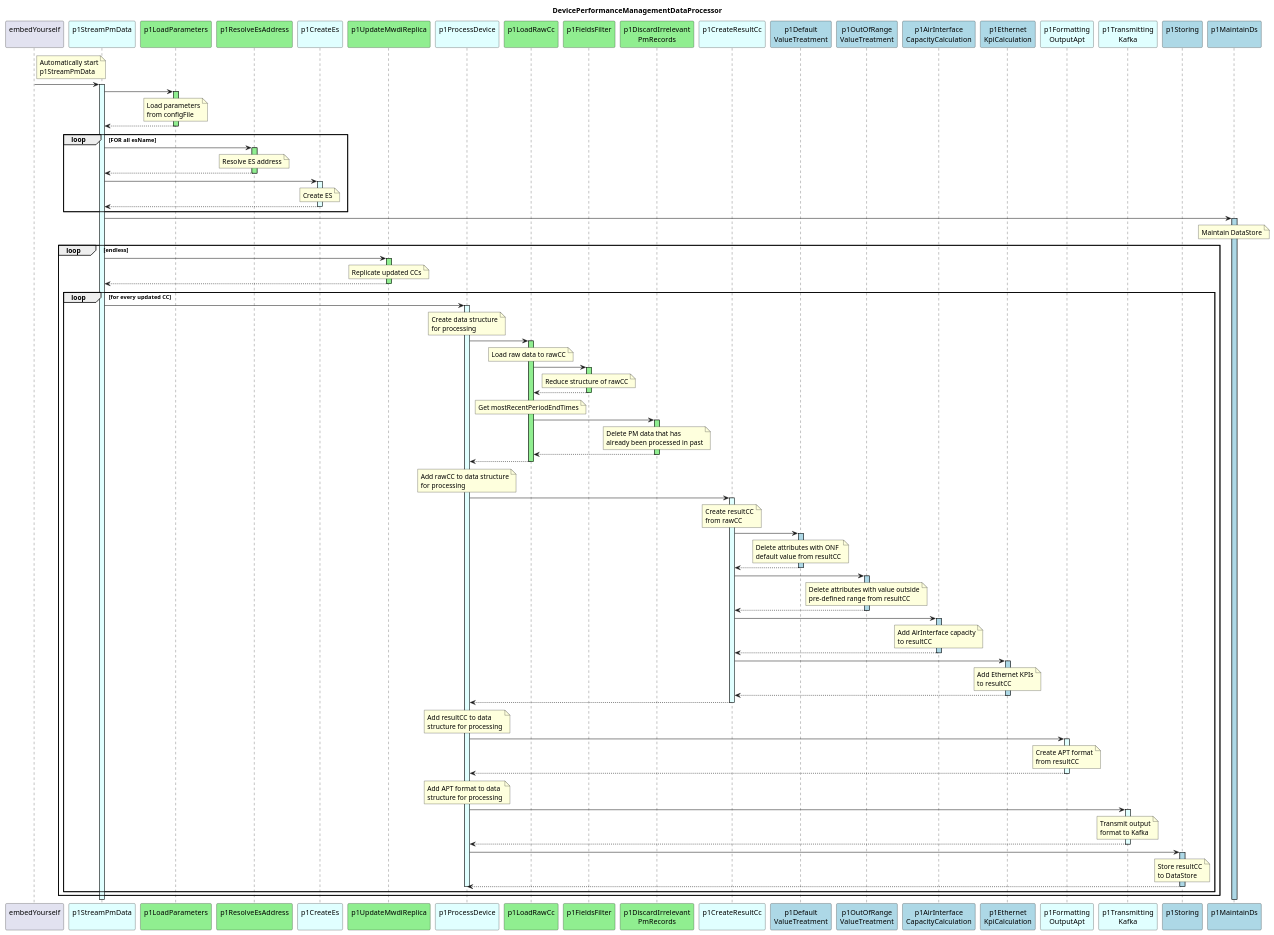
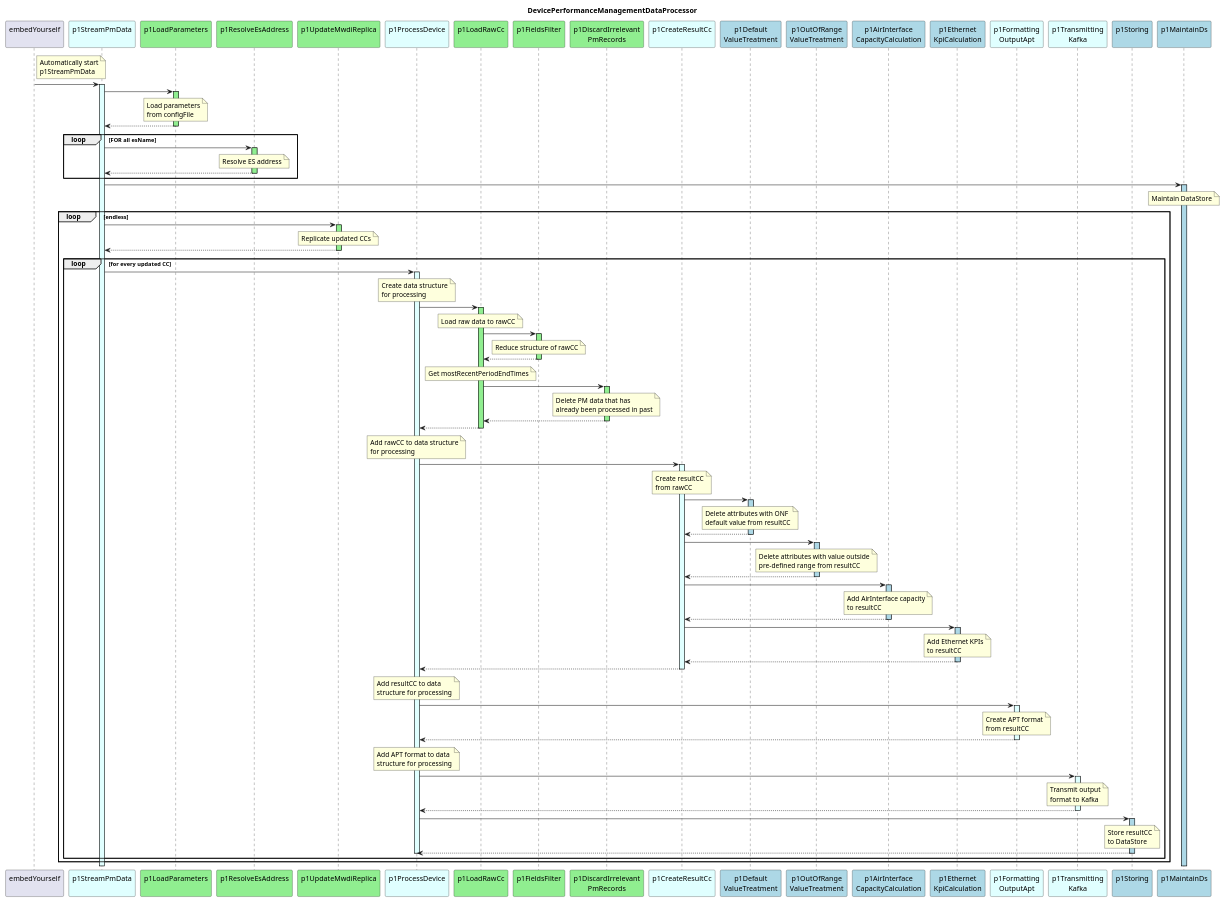
Before and after one commit to openBackhaul/DevicePerformanceManagementDataProcessor: the diagram in spec/diagrams/hl_sequence.plantuml, drawn with PlantUML. The commit also changed 9 other files, not shown here.

```diff
--- a/spec/diagrams/hl_sequence.plantuml
+++ b/spec/diagrams/hl_sequence.plantuml
@@ -9,7 +9,6 @@
 participant "p1StreamPmData\n" as p1RMWDI #LightCyan
 participant "p1LoadParameters\n" as p1LoadParams #LightGreen
 participant "p1ResolveEsAddress\n" as p1REA #LightGreen
-participant "p1CreateEs\n" as p1CMR #LightCyan
 participant "p1UpdateMwdiReplica\n" as p1UMR #LightGreen
 
 participant "p1ProcessDevice\n" as p1ProcessPm #LightCyan
@@ -58,14 +57,6 @@
       end note
     p1RMWDI <-- p1REA
     deactivate p1REA
-
-    p1RMWDI -> p1CMR
-    activate p1CMR #LightCyan
-      note over p1CMR
-        Create ES
-      end note
-    p1RMWDI <-- p1CMR
-    deactivate p1CMR
 
   end Loop
 
```
